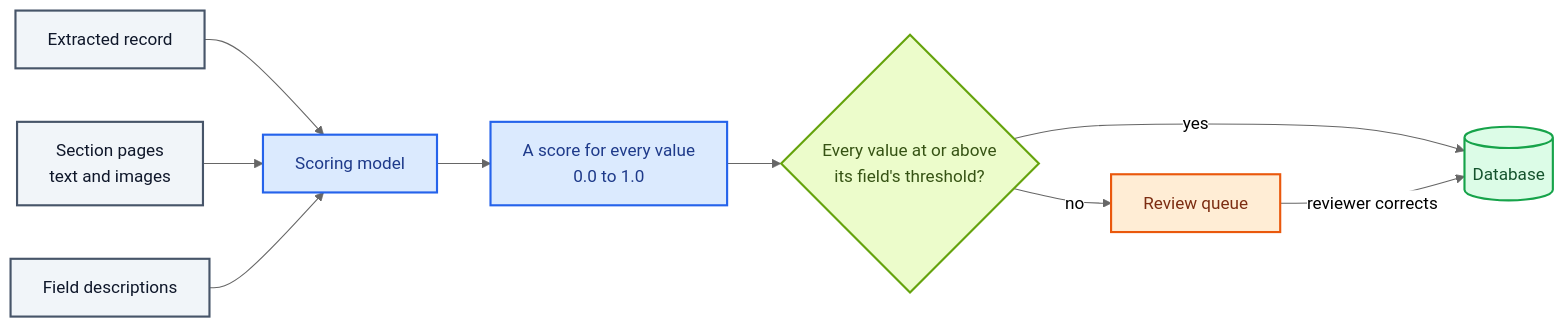
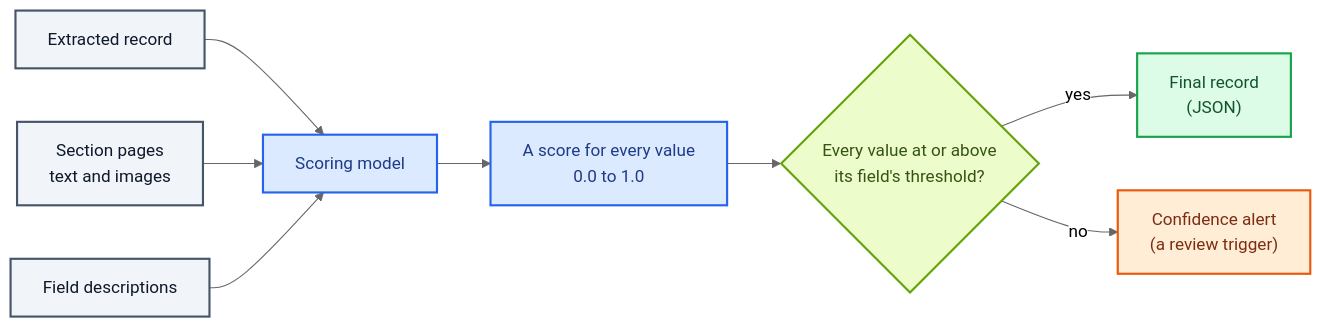
One commit to aws-solutions-library-samples/accelerated-intelligent-document-processing-on-aws changed the second of 2 diagrams in docs/idp-fundamentals/confidence-assessment.md. Above: the diagram before and after it, drawn with Mermaid (neutral theme). The commit also changed other lines of this file and 14 other files, not shown here.

````diff
--- a/docs/idp-fundamentals/confidence-assessment.md
+++ b/docs/idp-fundamentals/confidence-assessment.md
@@ -63,22 +66,21 @@
 ```mermaid
 flowchart LR
     X["Extracted record"] --> S["Scoring model"]
     P["Section pages<br/>text and images"] --> S
     D["Field descriptions"] --> S
     S --> C["A score for every value<br/>0.0 to 1.0"]
     C --> T{"Every value at or above<br/>its field's threshold?"}
-    T -- yes --> DB[("Database")]
-    T -- no --> Q["Review queue"]
-    Q -- "reviewer corrects" --> DB
+    T -- yes --> DB["Final record<br/>(JSON)"]
+    T -- no --> Q["Confidence alert<br/>(a review trigger)"]
 
     classDef file fill:#f1f5f9,stroke:#475569,color:#0f172a,stroke-width:2px
     classDef app fill:#dbeafe,stroke:#2563eb,color:#1e3a8a,stroke-width:2px
     classDef stubA fill:#dcfce7,stroke:#16a34a,color:#14532d,stroke-width:2px
     classDef stubB fill:#ecfccb,stroke:#65a30d,color:#365314,stroke-width:2px
     classDef bank fill:#ffedd5,stroke:#ea580c,color:#7c2d12,stroke-width:2px
     class X,P,D file
     class S,C app
     class T stubB
     class Q bank
     class DB stubA
 ```
````
